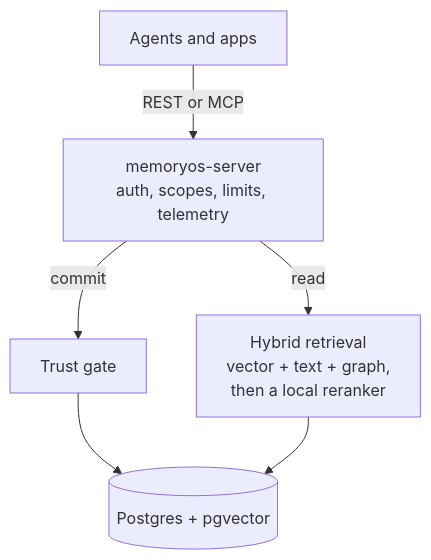
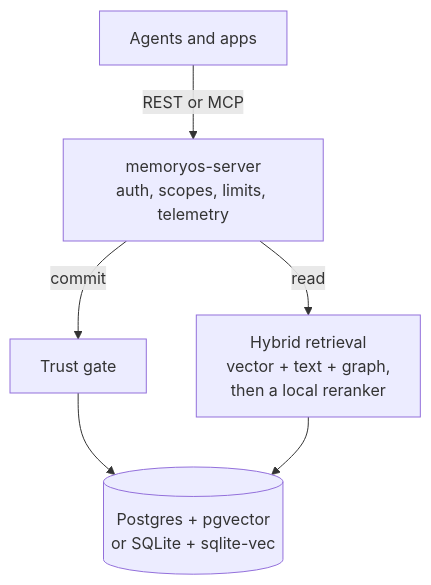
One commit to arkrwn/memoryos changed the first of 2 diagrams in README.md. Above: the diagram before and after it, drawn with Mermaid. The commit also changed other lines of this file and 47 other files, not shown here.

Commit message:
feat: store | add SQLite and sqlite-vec backend

````diff
--- a/README.md
+++ b/README.md
@@ -152,8 +174,8 @@
 ```mermaid
 flowchart TD
     A[Agents and apps] -->|REST or MCP| S[memoryos-server<br/>auth, scopes, limits, telemetry]
     S -->|commit| G[Trust gate]
     S -->|read| R[Hybrid retrieval<br/>vector + text + graph,<br/>then a local reranker]
-    G --> DB[(Postgres + pgvector)]
+    G --> DB[(Postgres + pgvector<br/>or SQLite + sqlite-vec)]
     R --> DB
 ```
````
